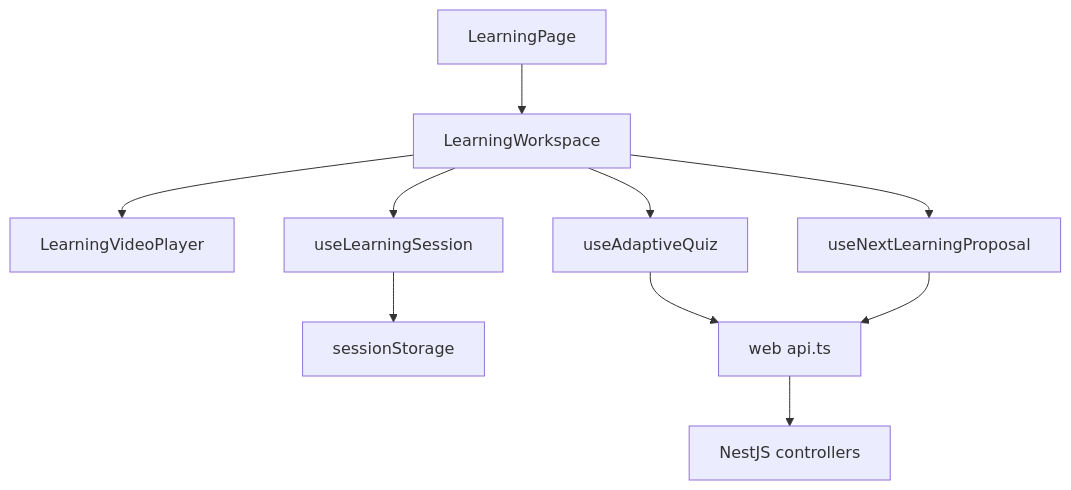
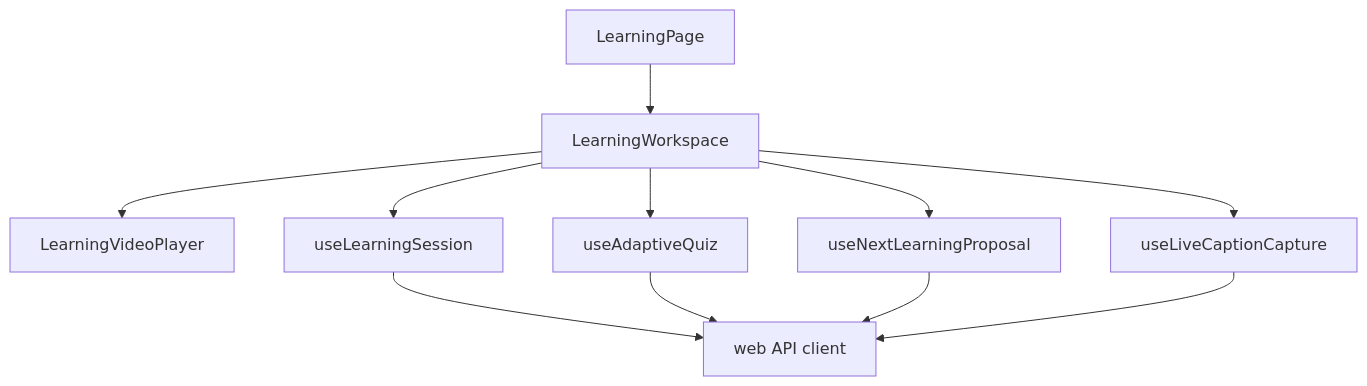
Before and after one commit to NearthYou/Studytube: the third of 8 diagrams in docs/architecture.md, drawn with Mermaid. The commit also changed other lines of this file and 7 other files, not shown here.

````diff
--- a/docs/architecture.md
+++ b/docs/architecture.md
@@ -27,12 +55,13 @@
 ```mermaid
 flowchart TD
-  Page[LearningPage] --> Workspace[LearningWorkspace]
-  Workspace --> Player[LearningVideoPlayer]
-  Workspace --> Session[useLearningSession]
-  Workspace --> Quiz[useAdaptiveQuiz]
-  Workspace --> Next[useNextLearningProposal]
-  Session --> BrowserState[sessionStorage]
-  Quiz --> Api[web api.ts]
-  Next --> Api
-  Api --> Controllers[NestJS controllers]
+  Page["LearningPage"] --> Workspace["LearningWorkspace"]
+  Workspace --> Player["LearningVideoPlayer"]
+  Workspace --> Session["useLearningSession"]
+  Workspace --> Quiz["useAdaptiveQuiz"]
+  Workspace --> Proposal["useNextLearningProposal"]
+  Workspace --> Live["useLiveCaptionCapture"]
+  Session --> API["web API client"]
+  Quiz --> API
+  Proposal --> API
+  Live --> API
 ```
````
